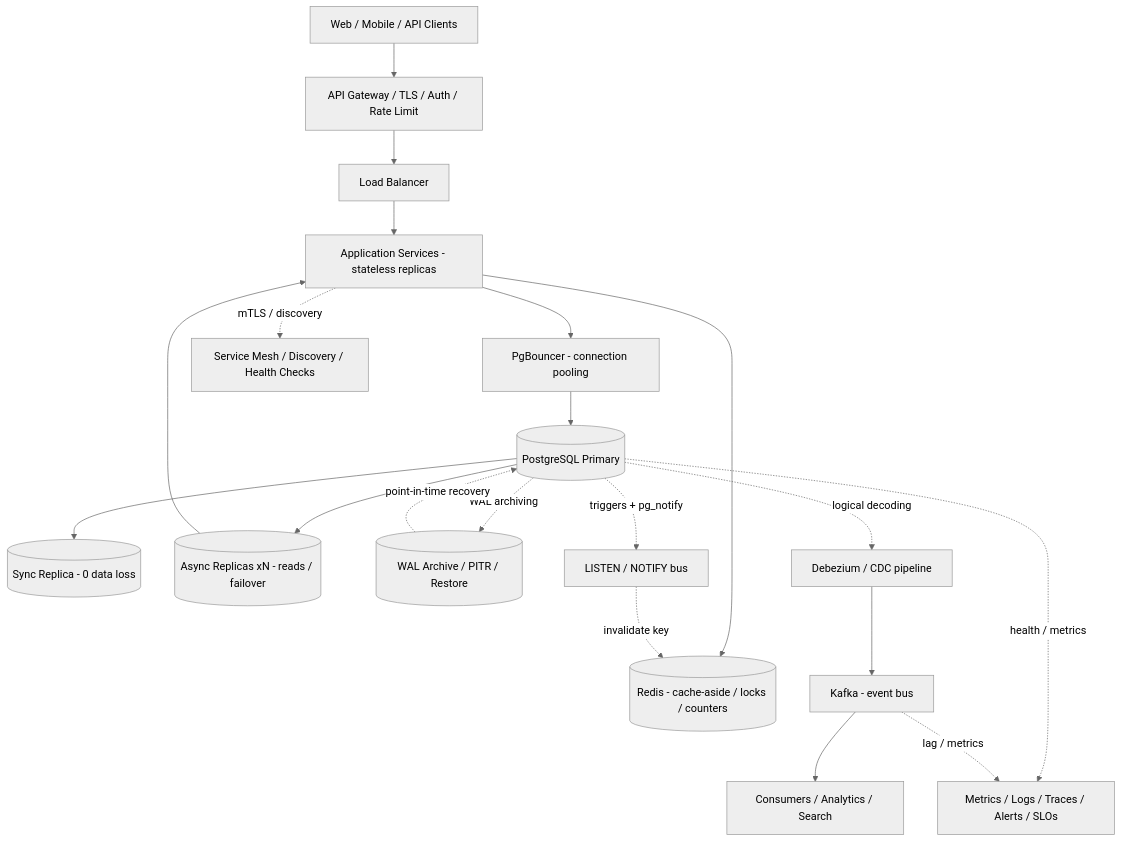
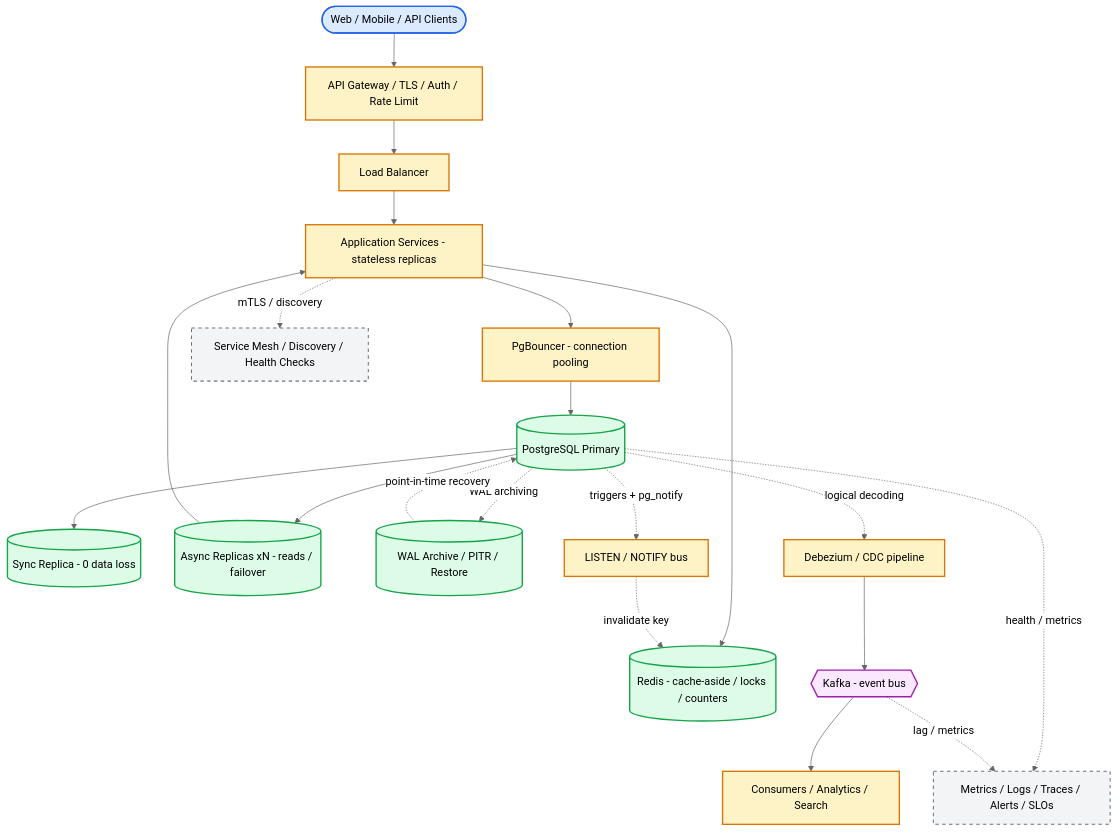
Before and after one commit to aishwary11/system-design: the diagram in postgresql-features.md, drawn with Mermaid (neutral theme). The commit also changed 36 other files, not shown here.

First line of the commit message:
Standardize all diagrams on C4-style Mermaid template

````diff
--- a/postgresql-features.md
+++ b/postgresql-features.md
@@ -9,22 +9,33 @@
 ```mermaid
 flowchart TB
-    clients["Web / Mobile / API Clients"] --> edge["API Gateway / TLS / Auth / Rate Limit"]
+    clients(["Web / Mobile / API Clients"]) --> edge["API Gateway / TLS / Auth / Rate Limit"]
     edge --> lb["Load Balancer"]
     lb --> svc["Application Services - stateless replicas"]
     svc --> cache[("Redis - cache-aside / locks / counters")]
     svc --> pool["PgBouncer - connection pooling"]
     pool --> pg[("PostgreSQL Primary")]
     pg --> syncRep[("Sync Replica - 0 data loss")]
     pg --> asyncRep[("Async Replicas xN - reads / failover")]
     asyncRep --> svc
     pg -. "WAL archiving" .-> wal[("WAL Archive / PITR / Restore")]
     pg -. "triggers + pg_notify" .-> notify["LISTEN / NOTIFY bus"]
     notify -. "invalidate key" .-> cache
     pg -. "logical decoding" .-> cdc["Debezium / CDC pipeline"]
-    cdc --> kafka["Kafka - event bus"]
+    cdc --> kafka{{"Kafka - event bus"}}
     kafka --> consumers["Consumers / Analytics / Search"]
     pg -. "health / metrics" .-> ops["Metrics / Logs / Traces / Alerts / SLOs"]
     kafka -. "lag / metrics" .-> ops
     svc -. "mTLS / discovery" .-> platform["Service Mesh / Discovery / Health Checks"]
     wal -. "point-in-time recovery" .-> pg
+
+    classDef actor fill:#dbeafe,stroke:#2563eb,stroke-width:2px
+    classDef service fill:#fef3c7,stroke:#d97706,stroke-width:2px
+    classDef store fill:#dcfce7,stroke:#16a34a,stroke-width:2px
+    classDef broker fill:#fae8ff,stroke:#a21caf,stroke-width:2px
+    classDef control fill:#f3f4f6,stroke:#6b7280,stroke-width:1.5px,stroke-dasharray:5 5
+    class clients actor
+    class edge,lb,svc,pool,notify,cdc,consumers service
+    class cache,pg,syncRep,asyncRep,wal store
+    class kafka broker
+    class ops,platform control
 ```
````
